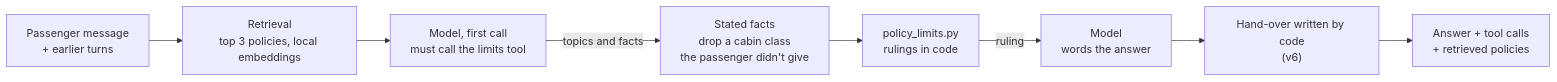
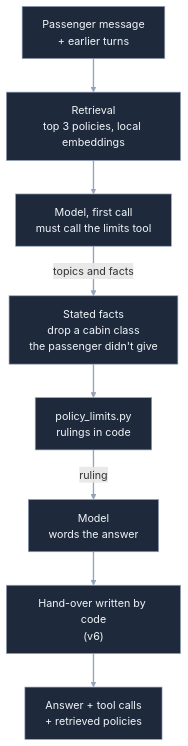
One commit to rahulsharma-qe/ai-quality-lab changed the third of 3 diagrams in docs/lld.md. Above: the diagram before and after it, drawn with Mermaid. The commit also changed other lines of this file, not shown here.

First line of the commit message:
LLD: readable diagrams in GitHub's dark theme

````diff
--- a/docs/lld.md
+++ b/docs/lld.md
@@ -270,10 +275,13 @@
 ```mermaid
-flowchart LR
+flowchart TB
   Q["Passenger message<br/>+ earlier turns"] --> RET["Retrieval<br/>top 3 policies, local embeddings"]
   RET --> M1["Model, first call<br/>must call the limits tool"]
   M1 -->|"topics and facts"| SF["Stated facts<br/>drop a cabin class<br/>the passenger didn't give"]
   SF --> LIM["policy_limits.py<br/>rulings in code"]
   LIM -->|"ruling"| M2["Model<br/>words the answer"]
   M2 --> HO["Hand-over written by code<br/>(v6)"]
   HO --> A["Answer + tool calls<br/>+ retrieved policies"]
+  classDef box fill:#1e293b,stroke:#94a3b8,color:#f1f5f9
+  class Q,RET,M1,SF,LIM,M2,HO,A box
+  linkStyle default stroke:#94a3b8,stroke-width:2px
 ```
````
